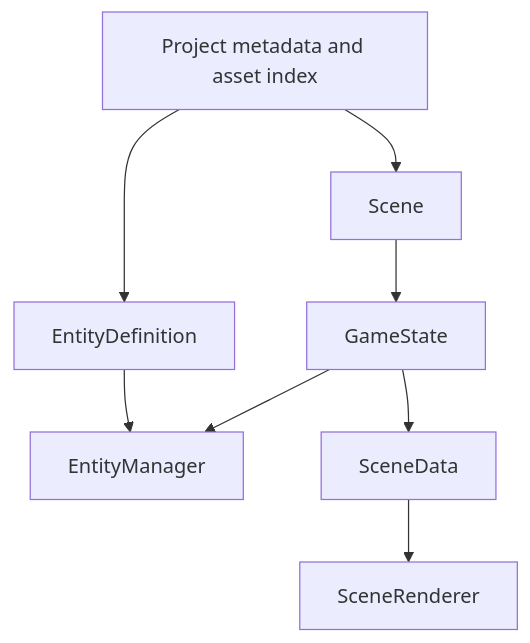
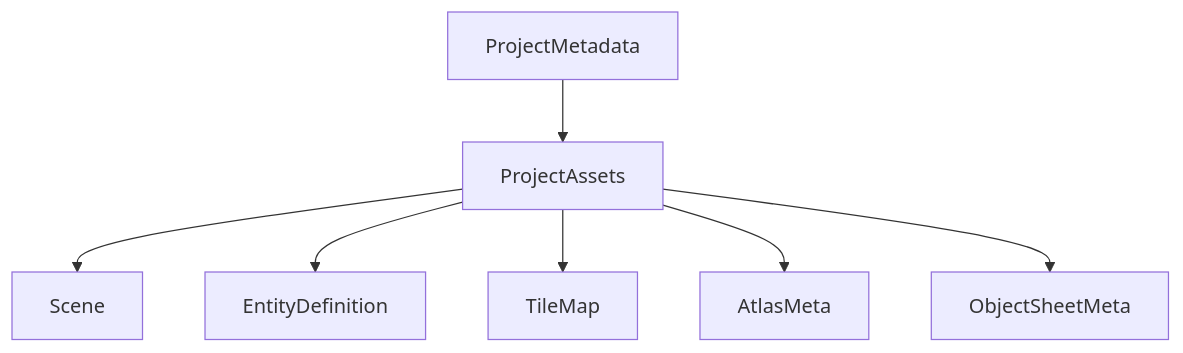
One commit to daredem0/ToKi changed the fourth of 10 diagrams in docs/SDD_SAD.md. Above: the diagram before and after it, drawn with Mermaid. The commit also changed other lines of this file and 1 other file, not shown here.

````diff
--- a/docs/SDD_SAD.md
+++ b/docs/SDD_SAD.md
@@ -261,18 +291,17 @@
 ```mermaid
 flowchart TD
-    P[Project metadata and asset index]
-    S[Scene]
+    PM[ProjectMetadata]
+    PA[ProjectAssets]
+    SCN[Scene]
     ED[EntityDefinition]
-    GS[GameState]
-    EM[EntityManager]
-    SD[SceneData]
-    SR[SceneRenderer]
+    TM[TileMap]
+    AT[AtlasMeta]
+    OS[ObjectSheetMeta]
 
-    P --> S
-    P --> ED
-    S --> GS
-    ED --> EM
-    GS --> EM
-    GS --> SD
-    SD --> SR
+    PM --> PA
+    PA --> SCN
+    PA --> ED
+    PA --> TM
+    PA --> AT
+    PA --> OS
 ```
````
